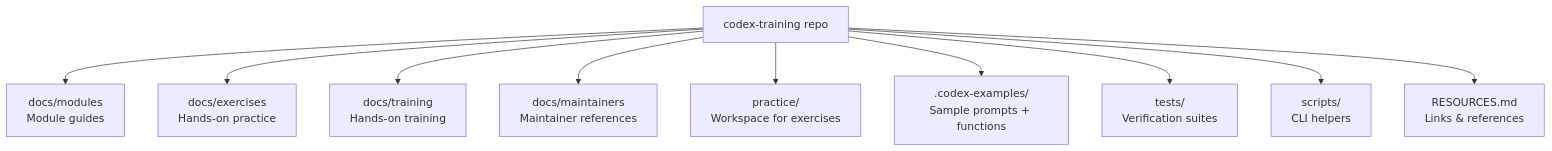
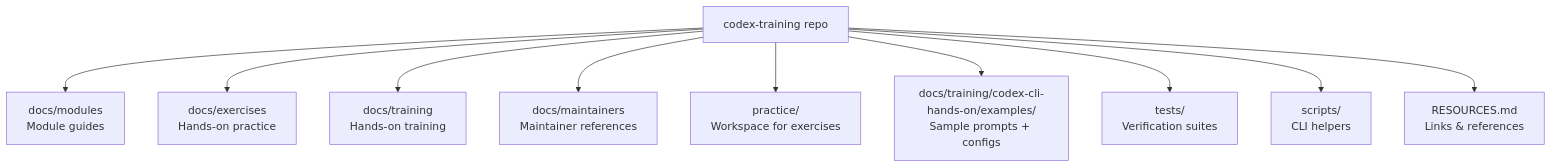
One commit to lbijeau/codex-training changed the second of 2 diagrams in README.md. Above: the diagram before and after it, drawn with Mermaid. The commit also changed other lines of this file and 1 other file, not shown here.

````diff
--- a/README.md
+++ b/README.md
@@ -37,13 +37,13 @@
 ```mermaid
 graph TB
     ROOT["codex-training repo"]
     ROOT --> modules["docs/modules\nModule guides"]
     ROOT --> exercises["docs/exercises\nHands-on practice"]
     ROOT --> training["docs/training\nHands-on training"]
     ROOT --> maintainers["docs/maintainers\nMaintainer references"]
     ROOT --> practice["practice/\nWorkspace for exercises"]
-    ROOT --> codexExamples[".codex-examples/\nSample prompts + functions"]
+    ROOT --> codexExamples["docs/training/codex-cli-hands-on/examples/\nSample prompts + configs"]
     ROOT --> tests["tests/\nVerification suites"]
     ROOT --> scripts["scripts/\nCLI helpers"]
     ROOT --> resources["RESOURCES.md\nLinks & references"]
 ```
````
